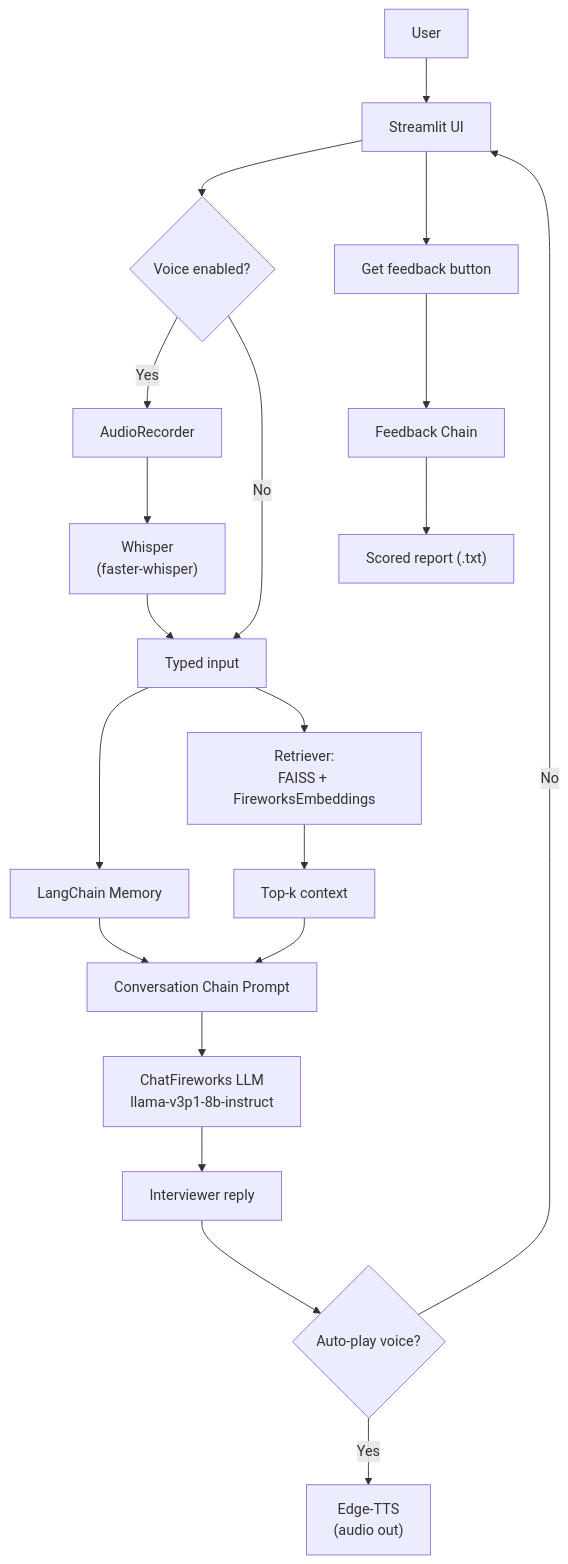
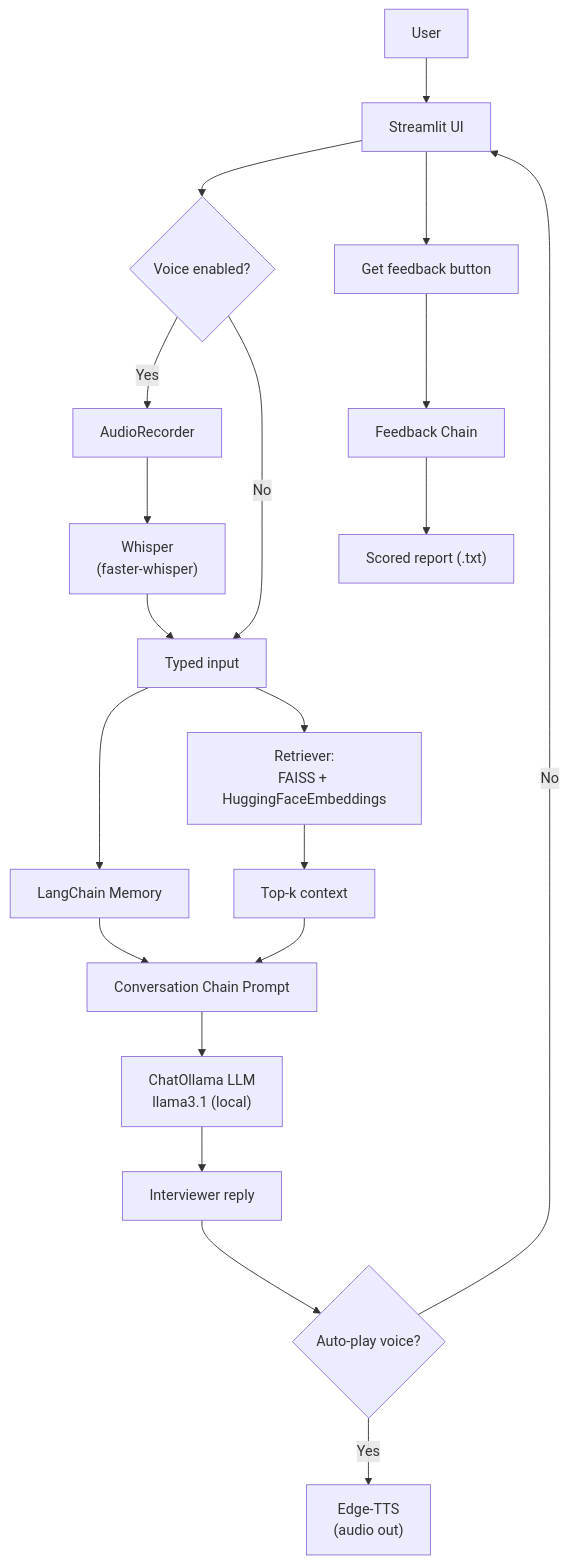
One commit to souvikDevloper/AI-Interview-Coach changed the diagram in README.md. Above: the diagram before and after it, drawn with Mermaid. The commit also changed other lines of this file and 5 other files, not shown here.

Commit message:
Switch to local Ollama models and HuggingFace embeddings

````diff
--- a/README.md
+++ b/README.md
@@ -41,33 +41,33 @@
 ```mermaid
 flowchart TD
   A[User] --> B[Streamlit UI]
 
   %% Input path
   B --> C{Voice enabled?}
   C -- Yes --> D[AudioRecorder]
   D --> E["Whisper\n(faster-whisper)"]
   C -- No --> F[Typed input]
   E --> F
 
   %% Retrieval & memory
   F --> G[LangChain Memory]
-  F --> H["Retriever:\nFAISS + FireworksEmbeddings"]
+  F --> H["Retriever:\nFAISS + HuggingFaceEmbeddings"]
   H --> I[Top-k context]
 
   %% Conversation
   G --> J[Conversation Chain Prompt]
   I --> J
-  J --> K["ChatFireworks LLM\nllama-v3p1-8b-instruct"]
+  J --> K["ChatOllama LLM\nllama3.1 (local)"]
   K --> L[Interviewer reply]
 
   %% TTS
   L --> M{Auto-play voice?}
   M -- Yes --> N["Edge-TTS\n(audio out)"]
   M -- No --> B
 
   %% Feedback
   B --> O["Get feedback" button]
   O --> P[Feedback Chain]
   P --> Q["Scored report (.txt)"]
 
 ```
````
